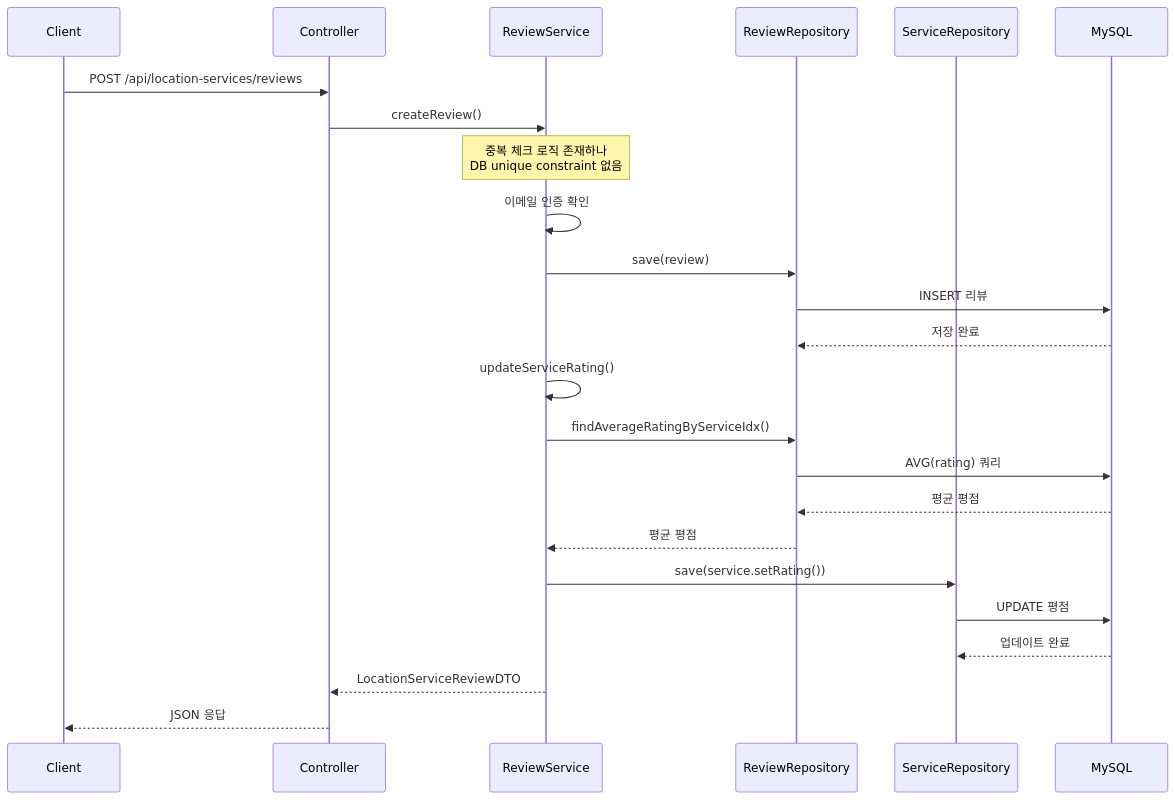
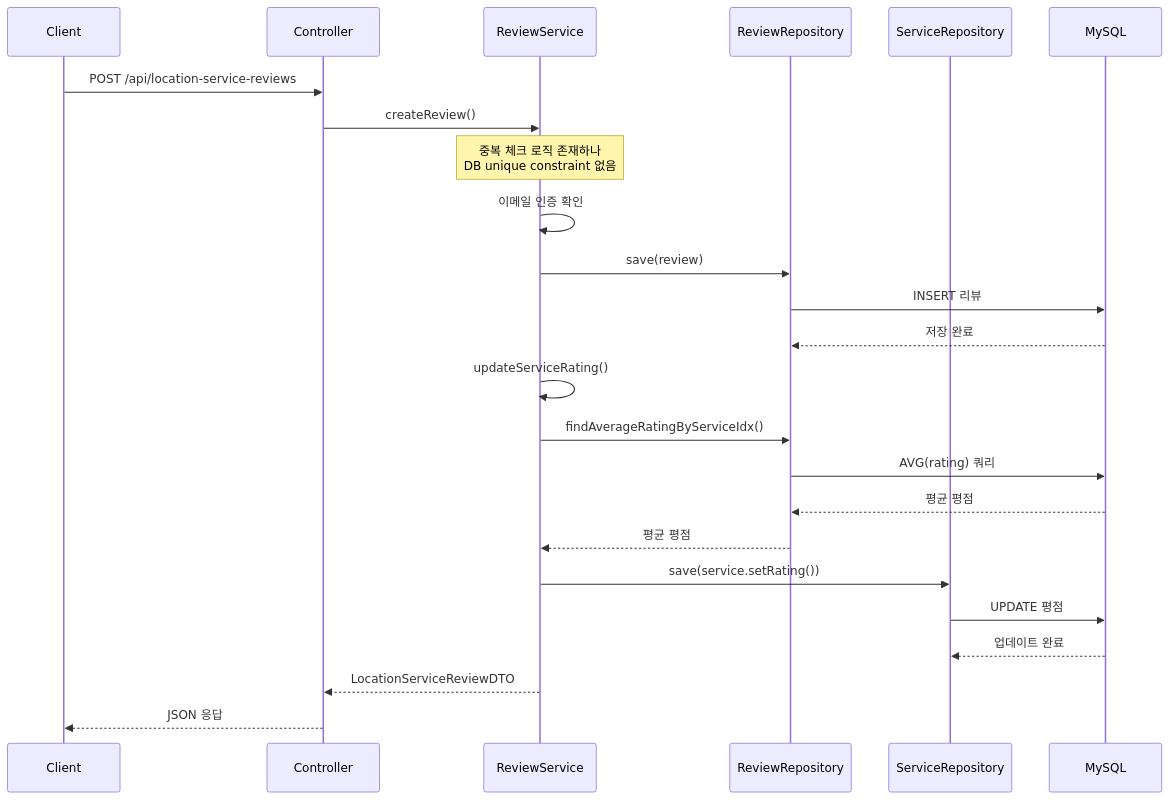
The fourth of 4 diagrams in docs/architecture/위치 기반 서비스 아키텍처.md (makkong1/Petory), drawn with Mermaid before and after one commit. The commit also changed other lines of this file and 12 other files, not shown here.

Commit message:
docs(architecture): 도메인 아키텍처 문서를 최신 코드·API와 동기화

````diff
--- a/docs/architecture/위치 기반 서비스 아키텍처.md
+++ b/docs/architecture/위치 기반 서비스 아키텍처.md
@@ -470,33 +463,33 @@
 ```mermaid
 sequenceDiagram
     participant Client
     participant Controller
     participant ReviewService
     participant ReviewRepository
     participant ServiceRepository
     participant MySQL
     
-    Client->>Controller: POST /api/location-services/reviews
+    Client->>Controller: POST /api/location-service-reviews
     Controller->>ReviewService: createReview()
     
     Note over ReviewService: 중복 체크 로직 존재하나<br/>DB unique constraint 없음
     
     ReviewService->>ReviewService: 이메일 인증 확인
     
     ReviewService->>ReviewRepository: save(review)
     ReviewRepository->>MySQL: INSERT 리뷰
     MySQL-->>ReviewRepository: 저장 완료
     
     ReviewService->>ReviewService: updateServiceRating()
     ReviewService->>ReviewRepository: findAverageRatingByServiceIdx()
     ReviewRepository->>MySQL: AVG(rating) 쿼리
     MySQL-->>ReviewRepository: 평균 평점
     ReviewRepository-->>ReviewService: 평균 평점
     
     ReviewService->>ServiceRepository: save(service.setRating())
     ServiceRepository->>MySQL: UPDATE 평점
     MySQL-->>ServiceRepository: 업데이트 완료
     
     ReviewService-->>Controller: LocationServiceReviewDTO
     Controller-->>Client: JSON 응답
 ```
````
